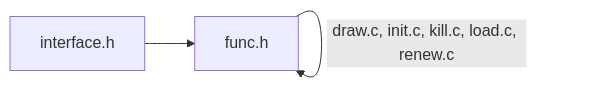
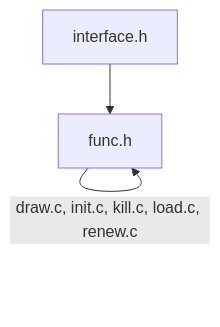
One commit to ShilianShen/Jasmin changed the diagram in src/jasmin/menu/func/README.md. Above: the diagram before and after it, drawn with Mermaid. The commit also changed 4 other files, not shown here.

````diff
--- a/src/jasmin/menu/func/README.md
+++ b/src/jasmin/menu/func/README.md
@@ -2,5 +2,5 @@
 ```mermaid
-graph LR
+graph
     interface.h --> func.h
     func.h -- draw.c, init.c, kill.c, load.c, renew.c --> func.h
 ```
````
